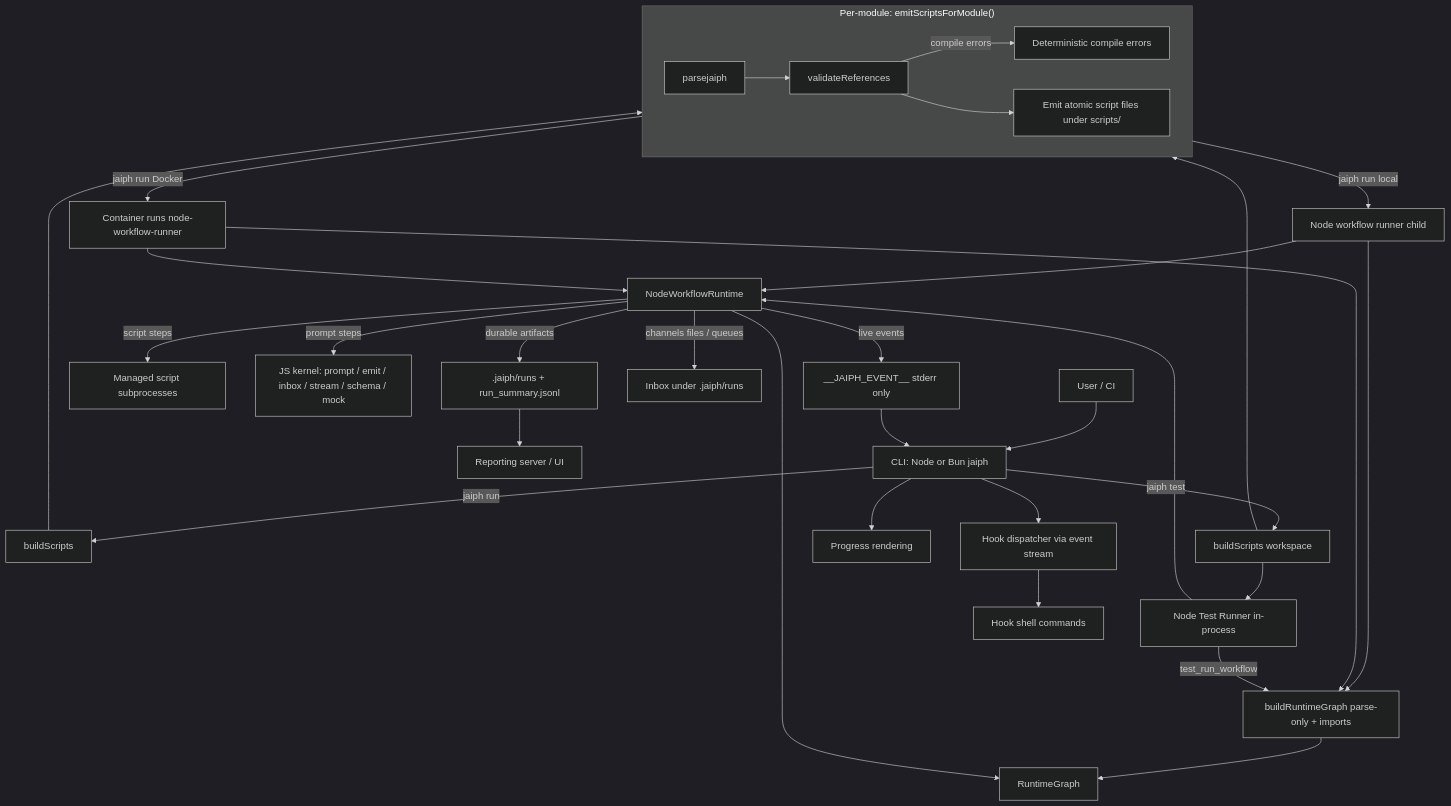
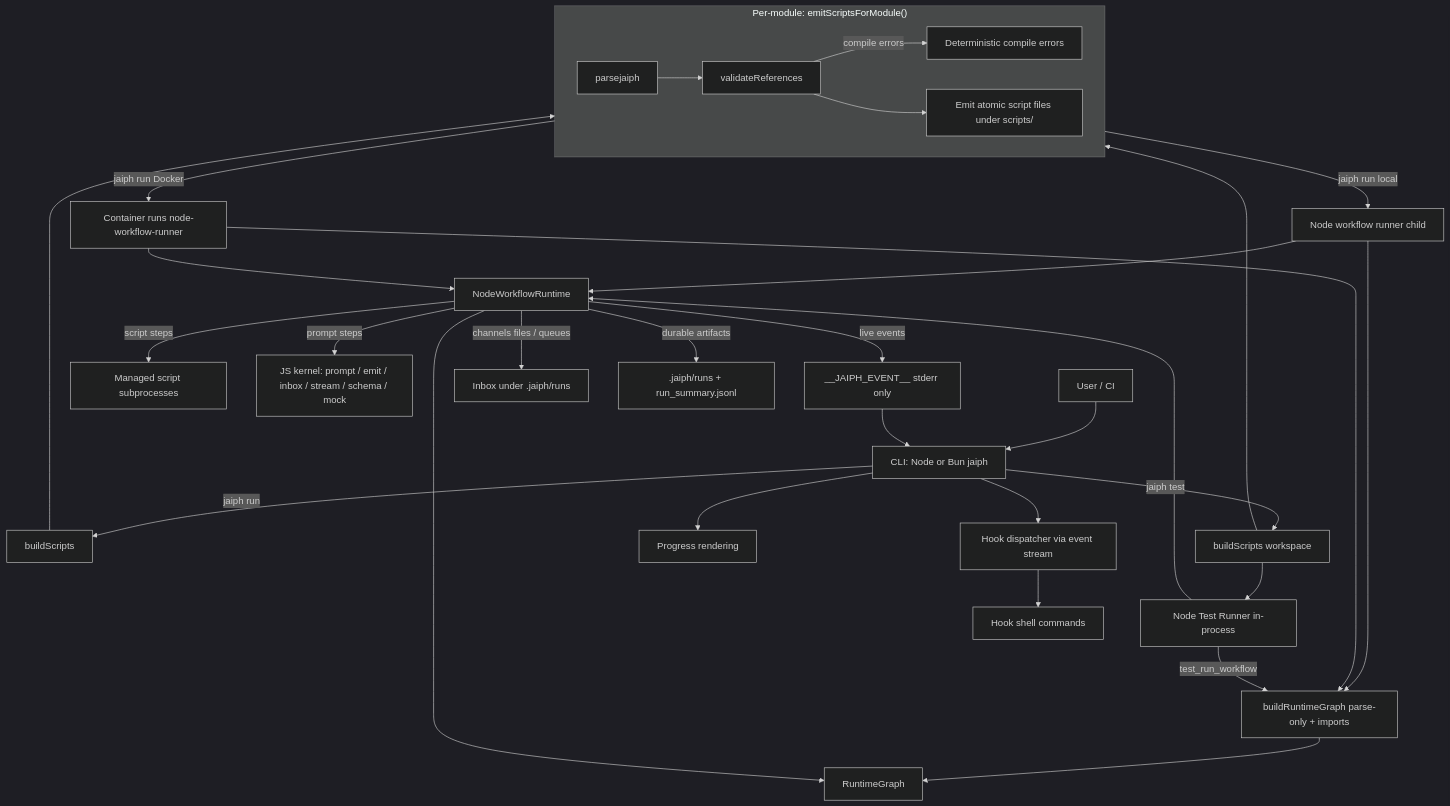
Before and after one commit to jaiphlang/jaiph: the first of 3 diagrams in docs/architecture.md, drawn with Mermaid (dark theme). The commit also changed other lines of this file and 34 other files, not shown here.

````diff
--- a/docs/architecture.md
+++ b/docs/architecture.md
@@ -126,48 +123,46 @@
 ```mermaid
 flowchart TD
     U[User / CI] --> CLI[CLI: Node or Bun jaiph]
 
     subgraph Transpile["Per-module: emitScriptsForModule()"]
         PARSE[parsejaiph]
         VAL[validateReferences]
         EMIT[Emit atomic script files under scripts/]
         PARSE --> VAL
         VAL -->|compile errors| ERR[Deterministic compile errors]
         VAL --> EMIT
     end
 
     CLI -->|jaiph run| BS1[buildScripts]
     BS1 --> Transpile
 
     CLI -->|jaiph test| BS2[buildScripts workspace]
     BS2 --> Transpile
     BS2 --> TR[Node Test Runner in-process]
 
     Transpile -->|jaiph run local| RW[Node workflow runner child]
     Transpile -->|jaiph run Docker| DC[Container runs node-workflow-runner]
 
     RW --> G[buildRuntimeGraph parse-only + imports]
     G --> GRAPH[RuntimeGraph]
     RW --> RT[NodeWorkflowRuntime]
     RT --> GRAPH
 
     DC --> G
     DC --> RT
 
     TR -->|test_run_workflow| G
     TR --> RT
 
     RT -->|script steps| SCRIPT[Managed script subprocesses]
     RT -->|prompt steps| KERNEL[JS kernel: prompt / emit / inbox / stream / schema / mock]
 
     RT -->|live events| EV["__JAIPH_EVENT__ stderr only"]
     EV --> CLI
     CLI --> PR[Progress rendering]
 
     RT -->|channels files / queues| INBOX[Inbox under .jaiph/runs]
     RT -->|durable artifacts| SUM[.jaiph/runs + run_summary.jsonl]
-    SUM --> REP[Reporting server / UI]
-
     CLI --> HK[Hook dispatcher via event stream]
     HK --> HPROC[Hook shell commands]
 ```
````
